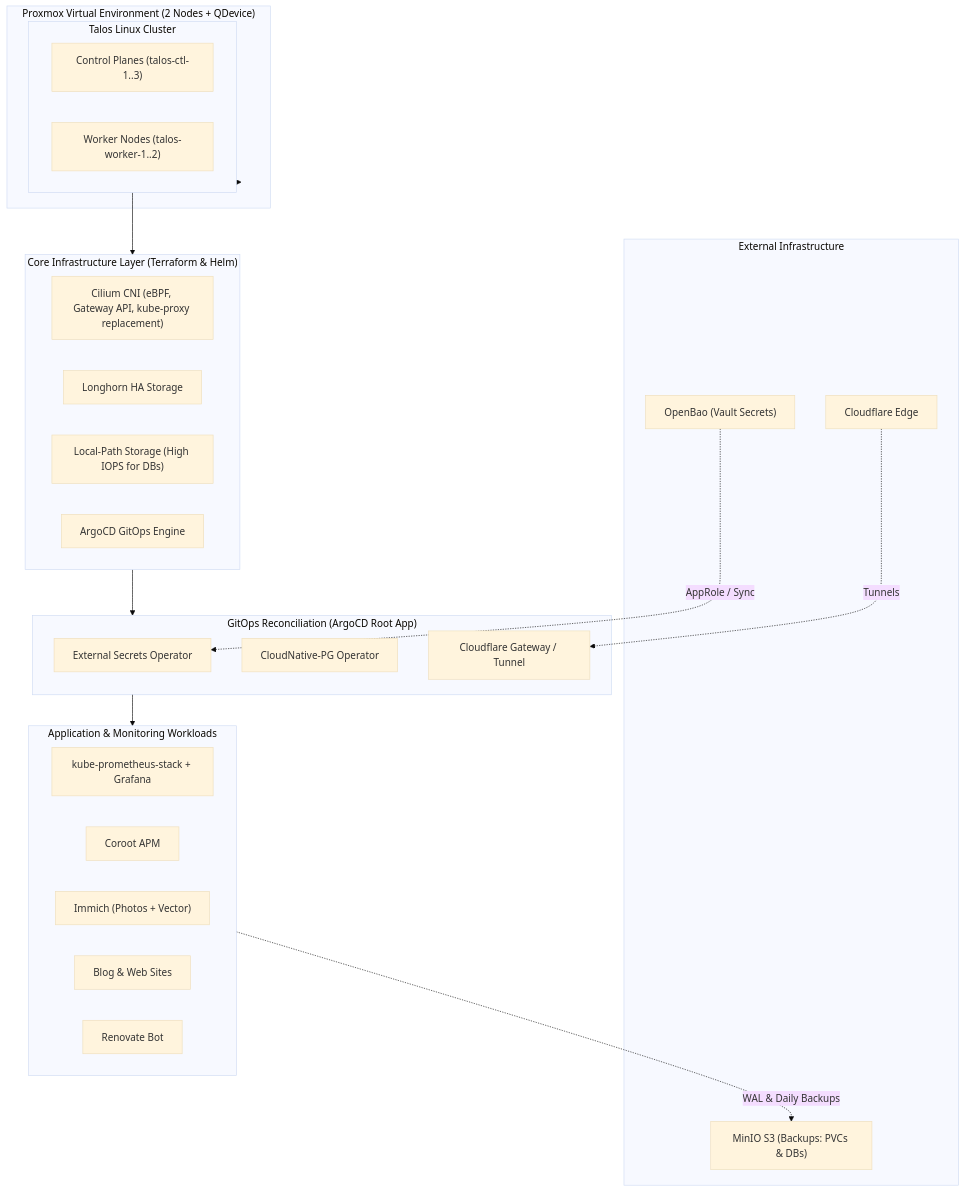
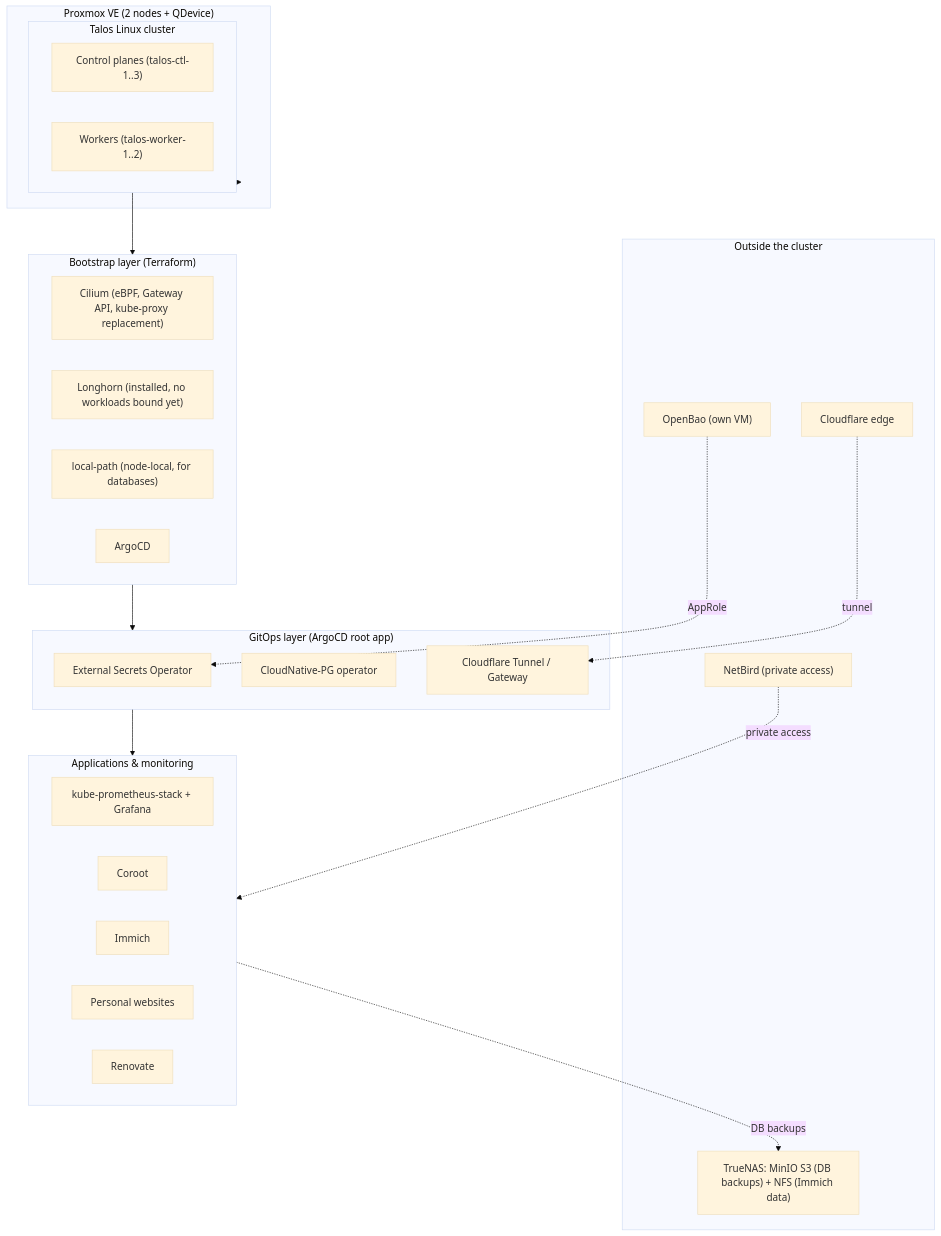
The first of 2 diagrams in README.md (GarthvandenBerg/Talos-KubeSpan-Homelab), drawn with Mermaid (base theme) before and after one commit. The commit also changed other lines of this file, not shown here.

````diff
--- a/README.md
+++ b/README.md
@@ -38,44 +39,46 @@
 ```mermaid
 flowchart TD
-    subgraph Proxmox["Proxmox Virtual Environment (2 Nodes + QDevice)"]
-        subgraph TalosCluster["Talos Linux Cluster"]
-            CP["Control Planes (talos-ctl-1..3)"]
-            WK["Worker Nodes (talos-worker-1..2)"]
+    subgraph Proxmox["Proxmox VE (2 nodes + QDevice)"]
+        subgraph TalosCluster["Talos Linux cluster"]
+            CP["Control planes (talos-ctl-1..3)"]
+            WK["Workers (talos-worker-1..2)"]
         end
     end
 
-    subgraph CoreInfra["Core Infrastructure Layer (Terraform & Helm)"]
-        Cilium["Cilium CNI (eBPF, Gateway API, kube-proxy replacement)"]
-        Longhorn["Longhorn HA Storage"]
-        LocalPath["Local-Path Storage (High IOPS for DBs)"]
-        ArgoCD["ArgoCD GitOps Engine"]
+    subgraph CoreInfra["Bootstrap layer (Terraform)"]
+        Cilium["Cilium (eBPF, Gateway API, kube-proxy replacement)"]
+        Longhorn["Longhorn (installed, no workloads bound yet)"]
+        LocalPath["local-path (node-local, for databases)"]
+        ArgoCD["ArgoCD"]
     end
 
-    subgraph GitOpsLayer["GitOps Reconciliation (ArgoCD Root App)"]
+    subgraph GitOpsLayer["GitOps layer (ArgoCD root app)"]
         ESO["External Secrets Operator"]
-        CNPG["CloudNative-PG Operator"]
-        CFGate["Cloudflare Gateway / Tunnel"]
+        CNPG["CloudNative-PG operator"]
+        CFGate["Cloudflare Tunnel / Gateway"]
     end
 
-    subgraph Workloads["Application & Monitoring Workloads"]
+    subgraph Workloads["Applications & monitoring"]
         PromGrafana["kube-prometheus-stack + Grafana"]
-        Coroot["Coroot APM"]
-        Immich["Immich (Photos + Vector)"]
-        Websites["Blog & Web Sites"]
-        Renovate["Renovate Bot"]
+        Coroot["Coroot"]
+        Immich["Immich"]
+        Websites["Personal websites"]
+        Renovate["Renovate"]
     end
 
-    subgraph ExternalServices["External Infrastructure"]
-        OpenBao["OpenBao (Vault Secrets)"]
-        MinIO["MinIO S3 (Backups: PVCs & DBs)"]
-        Cloudflare["Cloudflare Edge"]
+    subgraph Outside["Outside the cluster"]
+        OpenBao["OpenBao (own VM)"]
+        TrueNAS["TrueNAS: MinIO S3 (DB backups) + NFS (Immich data)"]
+        Cloudflare["Cloudflare edge"]
+        NetBird["NetBird (private access)"]
     end
 
     Proxmox --> TalosCluster
     TalosCluster --> CoreInfra
     CoreInfra --> GitOpsLayer
     GitOpsLayer --> Workloads
-    OpenBao -.->|AppRole / Sync| ESO
-    Workloads -.->|WAL & Daily Backups| MinIO
-    Cloudflare -.->|Tunnels| CFGate
+    OpenBao -.->|AppRole| ESO
+    Workloads -.->|DB backups| TrueNAS
+    Cloudflare -.->|tunnel| CFGate
+    NetBird -.->|private access| Workloads
 ```
````
